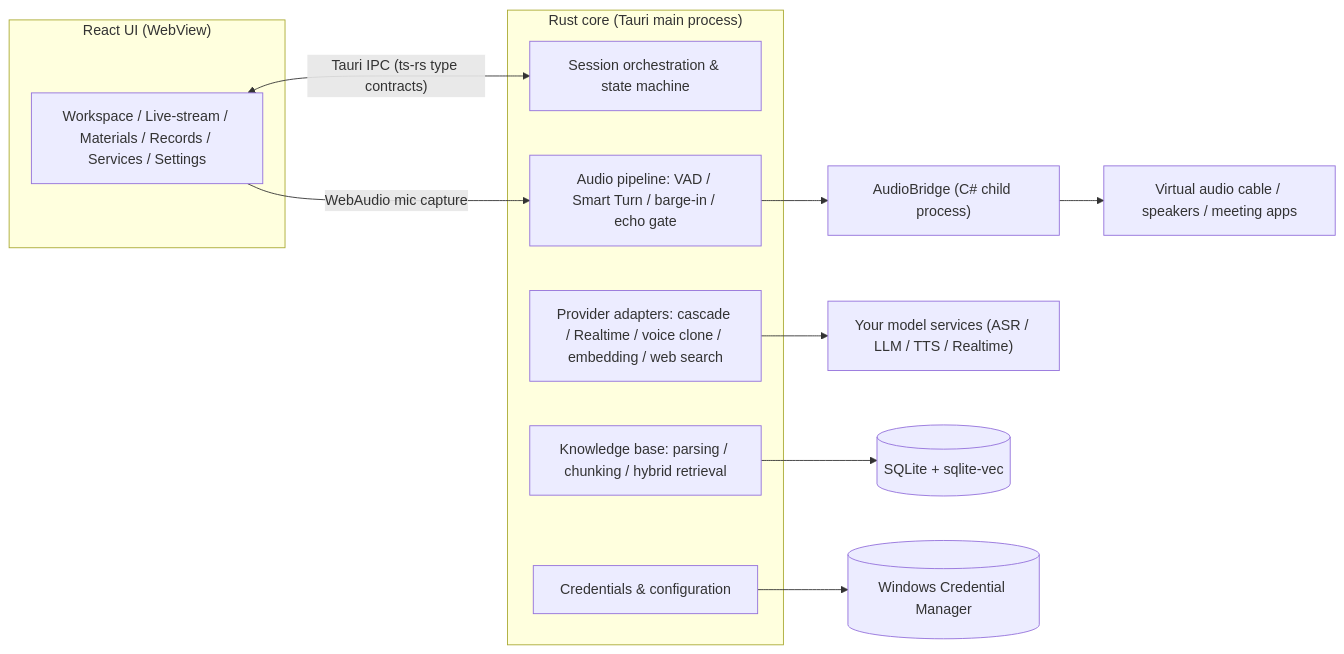
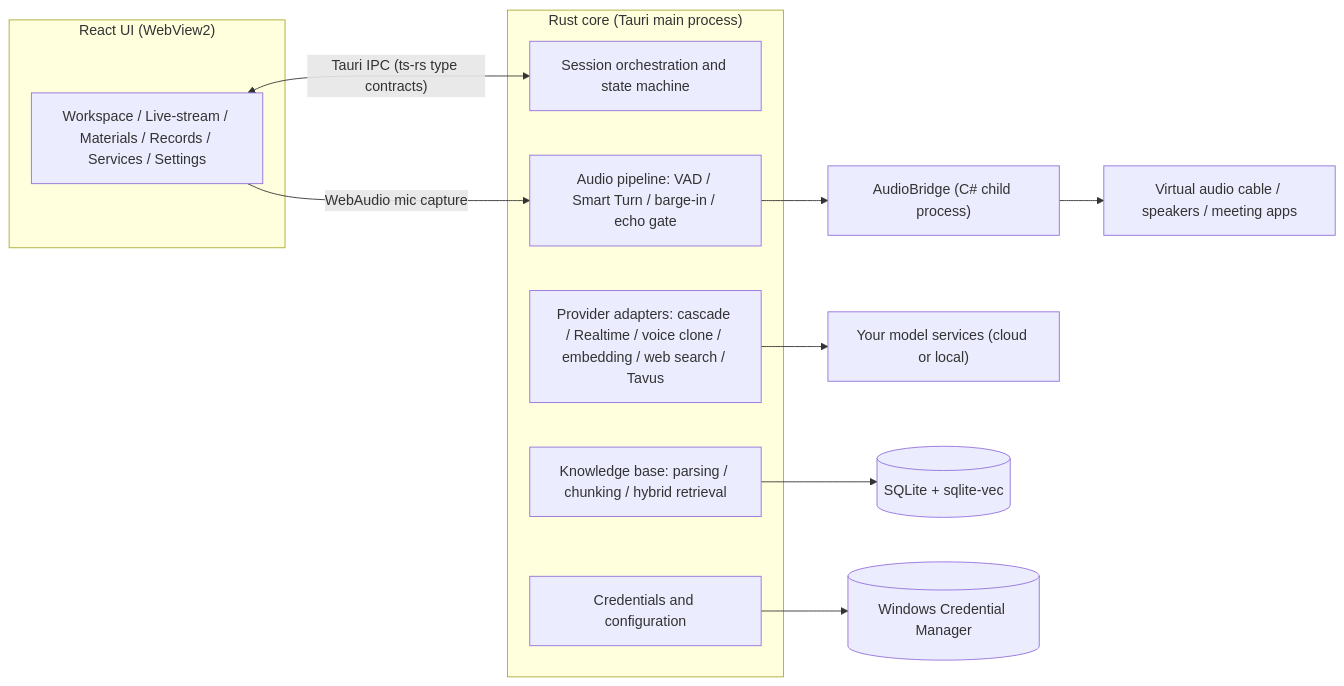
One commit to NotIntoSports/RoleAI changed the first of 2 diagrams in README.en.md. Above: the diagram before and after it, drawn with Mermaid. The commit also changed other lines of this file and 3 other files, not shown here.

````diff
--- a/README.en.md
+++ b/README.en.md
@@ -111,20 +118,20 @@
 ```mermaid
 flowchart LR
-    subgraph UI["React UI (WebView)"]
+    subgraph UI["React UI (WebView2)"]
         P["Workspace / Live-stream / Materials / Records / Services / Settings"]
     end
     P <-->|"Tauri IPC (ts-rs type contracts)"| C
     subgraph Core["Rust core (Tauri main process)"]
-        C["Session orchestration & state machine"]
+        C["Session orchestration and state machine"]
         A["Audio pipeline: VAD / Smart Turn / barge-in / echo gate"]
-        PV["Provider adapters: cascade / Realtime / voice clone / embedding / web search"]
+        PV["Provider adapters: cascade / Realtime / voice clone / embedding / web search / Tavus"]
         M["Knowledge base: parsing / chunking / hybrid retrieval"]
-        S["Credentials & configuration"]
+        S["Credentials and configuration"]
     end
+    P -->|"WebAudio mic capture"| A
     A --> AB["AudioBridge (C# child process)"]
-    P -->|"WebAudio mic capture"| A
     AB --> DEV["Virtual audio cable / speakers / meeting apps"]
-    PV --> API["Your model services (ASR / LLM / TTS / Realtime)"]
+    PV --> API["Your model services (cloud or local)"]
     M --> DB[("SQLite + sqlite-vec")]
     S --> CM[("Windows Credential Manager")]
 ```
````
